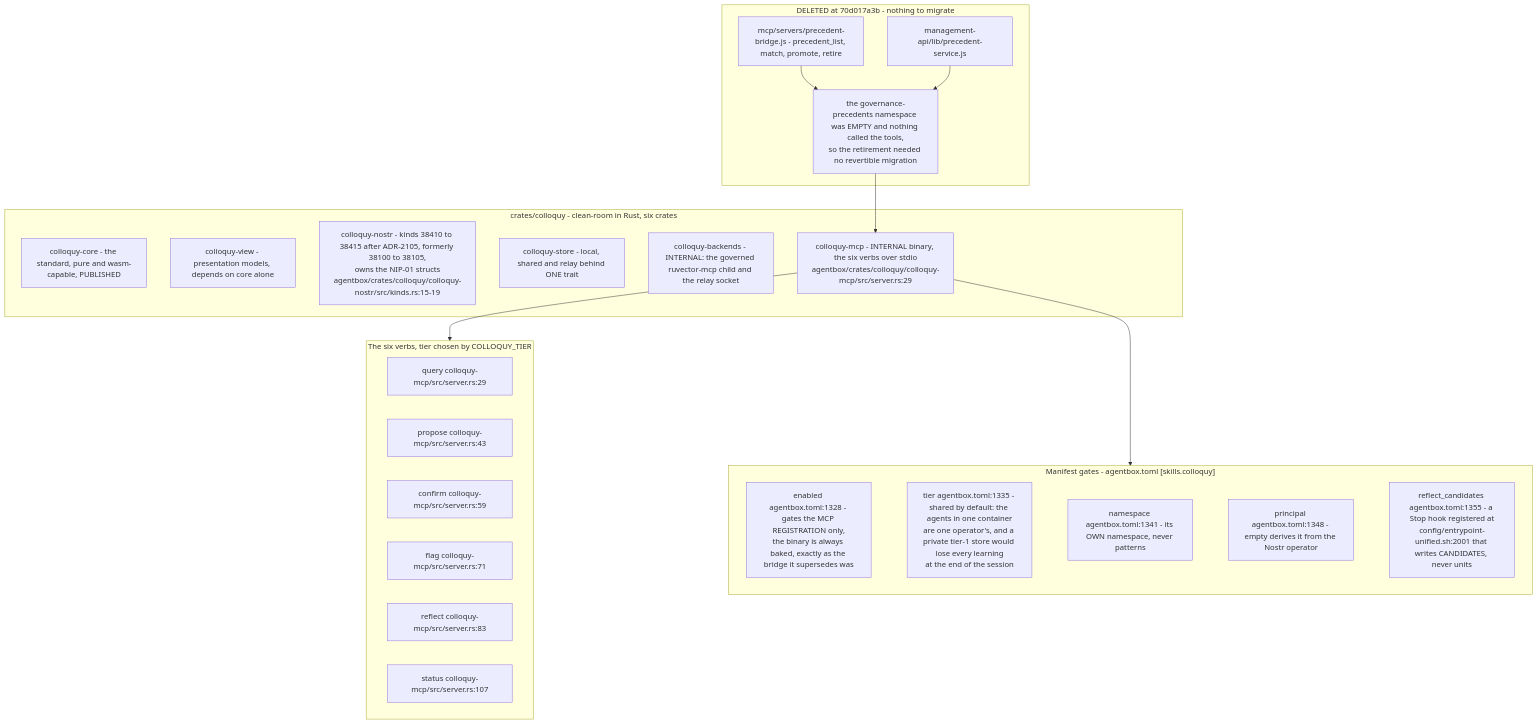
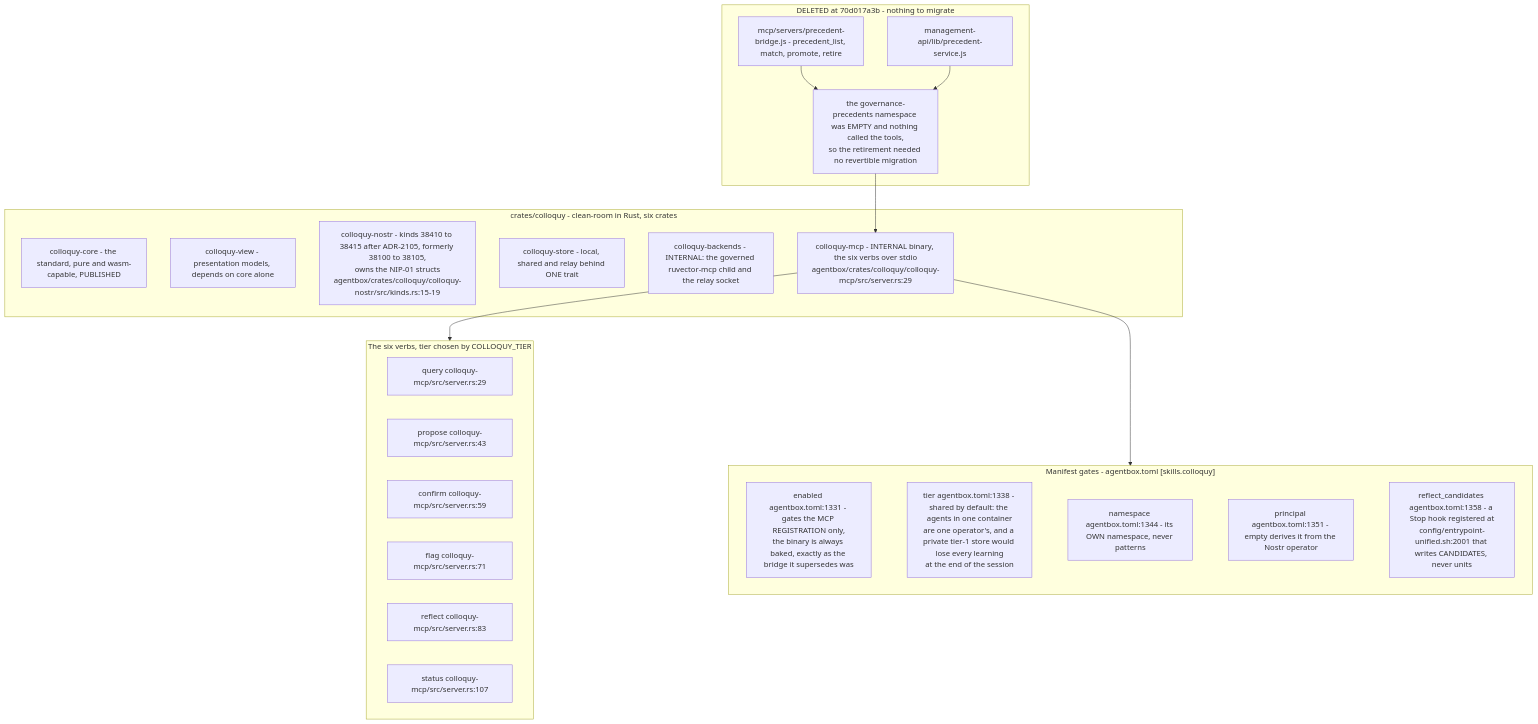
The ninth of 10 diagrams in docs/diagrams/agentbox/28-agentbox-services-and-manifest-binary.md (DreamLab-AI/VisionFlow), drawn with Mermaid before and after one commit. The commit also changed other lines of this file and 142 other files, not shown here.

First line of the commit message:
docs(diagrams): one System One route; re-verify 140 topics at today's heads

````diff
--- a/docs/diagrams/agentbox/28-agentbox-services-and-manifest-binary.md
+++ b/docs/diagrams/agentbox/28-agentbox-services-and-manifest-binary.md
@@ -414,37 +414,37 @@
 ```mermaid
 flowchart TB
     subgraph gone["DELETED at 70d017a3b - nothing to migrate"]
         G1["mcp/servers/precedent-bridge.js - precedent_list, match, promote, retire"]
         G2["management-api/lib/precedent-service.js"]
         G3["the governance-precedents namespace was EMPTY and nothing called the tools,<br/>so the retirement needed no revertible migration"]
         G1 --> G3
         G2 --> G3
     end
     subgraph crates["crates/colloquy - clean-room in Rust, six crates"]
         P1["colloquy-core - the standard, pure and wasm-capable, PUBLISHED"]
         P2["colloquy-view - presentation models, depends on core alone"]
         P3["colloquy-nostr - kinds 38410 to 38415 after ADR-2105, formerly 38100 to 38105,<br/>owns the NIP-01 structs<br/>agentbox/crates/colloquy/colloquy-nostr/src/kinds.rs:15-19"]
         P4["colloquy-store - local, shared and relay behind ONE trait"]
         P5["colloquy-backends - INTERNAL: the governed ruvector-mcp child and the relay socket"]
         P6["colloquy-mcp - INTERNAL binary, the six verbs over stdio<br/>agentbox/crates/colloquy/colloquy-mcp/src/server.rs:29"]
     end
     G3 --> P6
     subgraph verbs["The six verbs, tier chosen by COLLOQUY_TIER"]
         V1["query colloquy-mcp/src/server.rs:29"]
         V2["propose colloquy-mcp/src/server.rs:43"]
         V3["confirm colloquy-mcp/src/server.rs:59"]
         V4["flag colloquy-mcp/src/server.rs:71"]
         V5["reflect colloquy-mcp/src/server.rs:83"]
         V6["status colloquy-mcp/src/server.rs:107"]
     end
     P6 --> verbs
     subgraph gates["Manifest gates - agentbox.toml [skills.colloquy]"]
-        M1["enabled agentbox.toml:1328 - gates the MCP REGISTRATION only,<br/>the binary is always baked, exactly as the bridge it supersedes was"]
-        M2["tier agentbox.toml:1335 - shared by default: the agents in one container<br/>are one operator's, and a private tier-1 store would lose every learning<br/>at the end of the session"]
-        M3["namespace agentbox.toml:1341 - its OWN namespace, never patterns"]
-        M4["principal agentbox.toml:1348 - empty derives it from the Nostr operator"]
-        M5["reflect_candidates agentbox.toml:1355 - a Stop hook registered at<br/>config/entrypoint-unified.sh:2001 that writes CANDIDATES, never units"]
+        M1["enabled agentbox.toml:1331 - gates the MCP REGISTRATION only,<br/>the binary is always baked, exactly as the bridge it supersedes was"]
+        M2["tier agentbox.toml:1338 - shared by default: the agents in one container<br/>are one operator's, and a private tier-1 store would lose every learning<br/>at the end of the session"]
+        M3["namespace agentbox.toml:1344 - its OWN namespace, never patterns"]
+        M4["principal agentbox.toml:1351 - empty derives it from the Nostr operator"]
+        M5["reflect_candidates agentbox.toml:1358 - a Stop hook registered at<br/>config/entrypoint-unified.sh:2001 that writes CANDIDATES, never units"]
         M1 ~~~ M2 ~~~ M3 ~~~ M4 ~~~ M5
     end
     P6 --> gates
 ```
````
